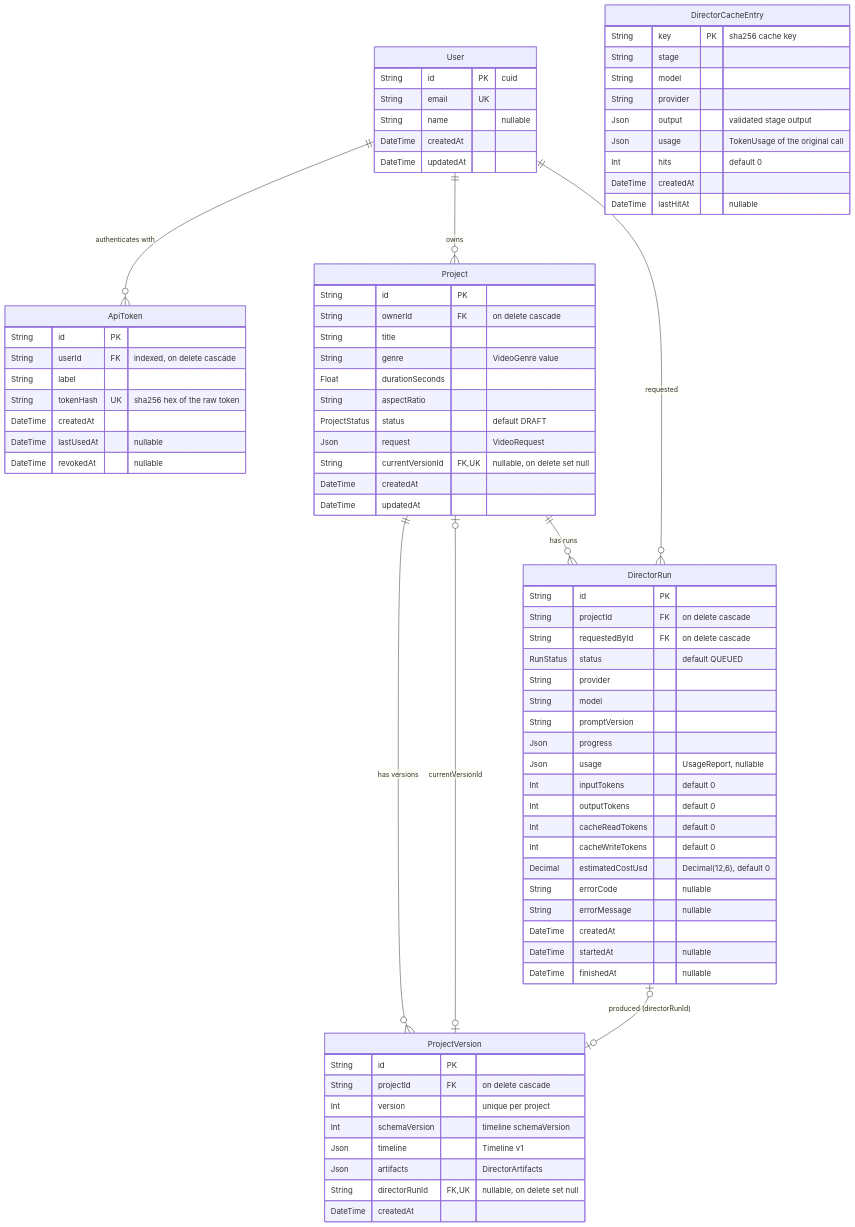
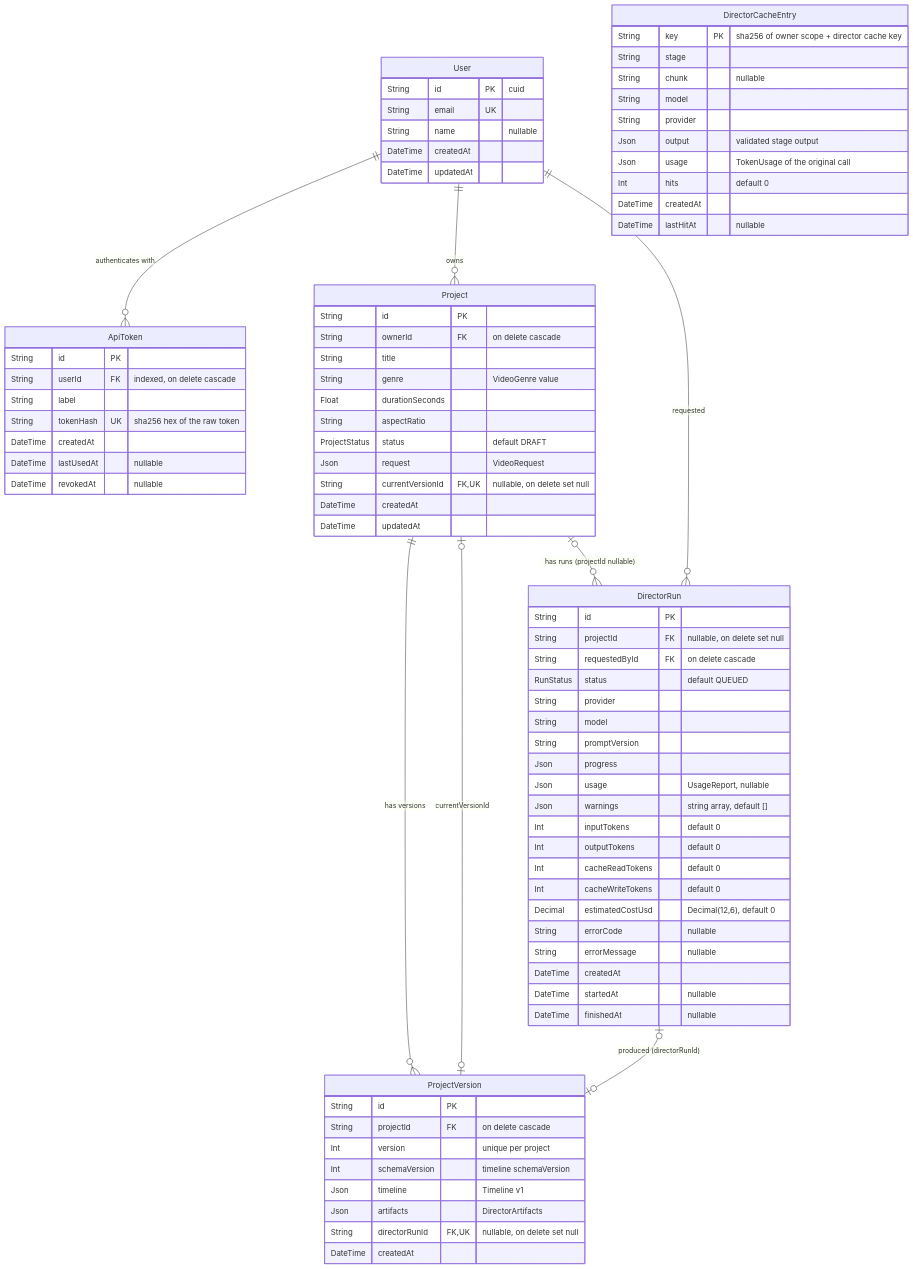
Before and after one commit to Gokulraj002/Video-Creation: the first of 4 diagrams in docs/DATABASE.md, drawn with Mermaid. The commit also changed other lines of this file and 1 other file, not shown here.

```diff
--- a/docs/DATABASE.md
+++ b/docs/DATABASE.md
@@ -43,7 +44,7 @@
   User ||--o{ DirectorRun : "requested"
   Project ||--o{ ProjectVersion : "has versions"
   Project |o--o| ProjectVersion : "currentVersionId"
-  Project ||--o{ DirectorRun : "has runs"
+  Project |o--o{ DirectorRun : "has runs (projectId nullable)"
   DirectorRun |o--o| ProjectVersion : "produced (directorRunId)"
 
   User {
@@ -87,7 +88,7 @@
   }
   DirectorRun {
     String id PK
-    String projectId FK "on delete cascade"
+    String projectId FK "nullable, on delete set null"
     String requestedById FK "on delete cascade"
     RunStatus status "default QUEUED"
     String provider
@@ -95,6 +96,7 @@
     String promptVersion
     Json progress
     Json usage "UsageReport, nullable"
+    Json warnings "string array, default []"
     Int inputTokens "default 0"
     Int outputTokens "default 0"
     Int cacheReadTokens "default 0"
@@ -107,8 +109,9 @@
     DateTime finishedAt "nullable"
   }
   DirectorCacheEntry {
-    String key PK "sha256 cache key"
+    String key PK "sha256 of owner scope + director cache key"
     String stage
+    String chunk "nullable"
     String model
     String provider
     Json output "validated stage output"
```
